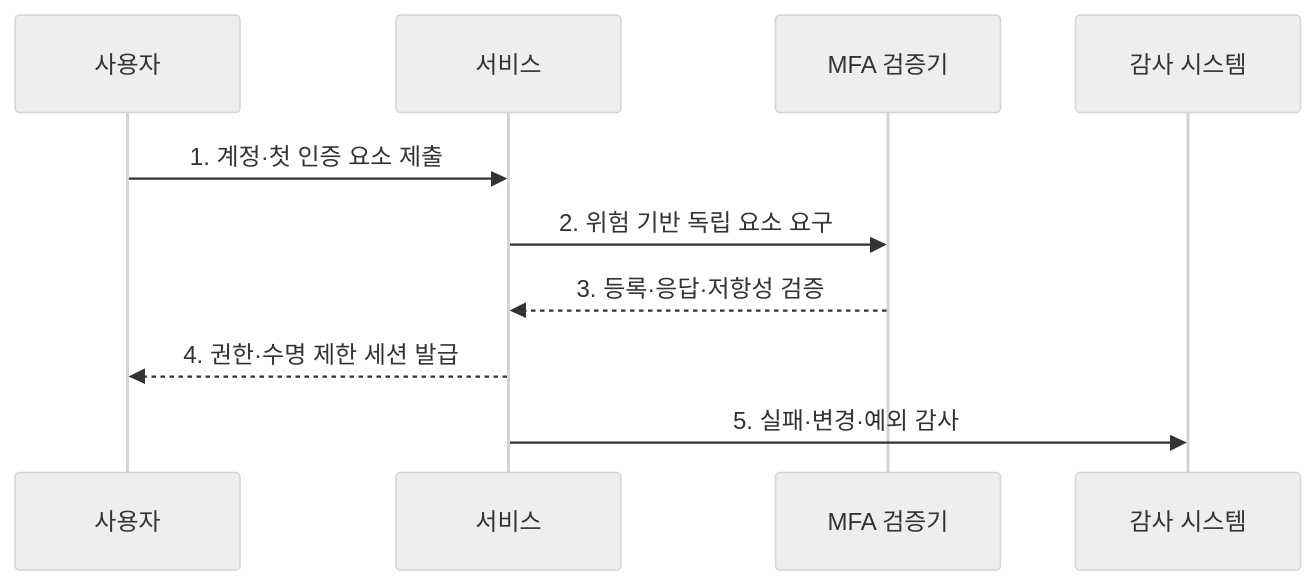
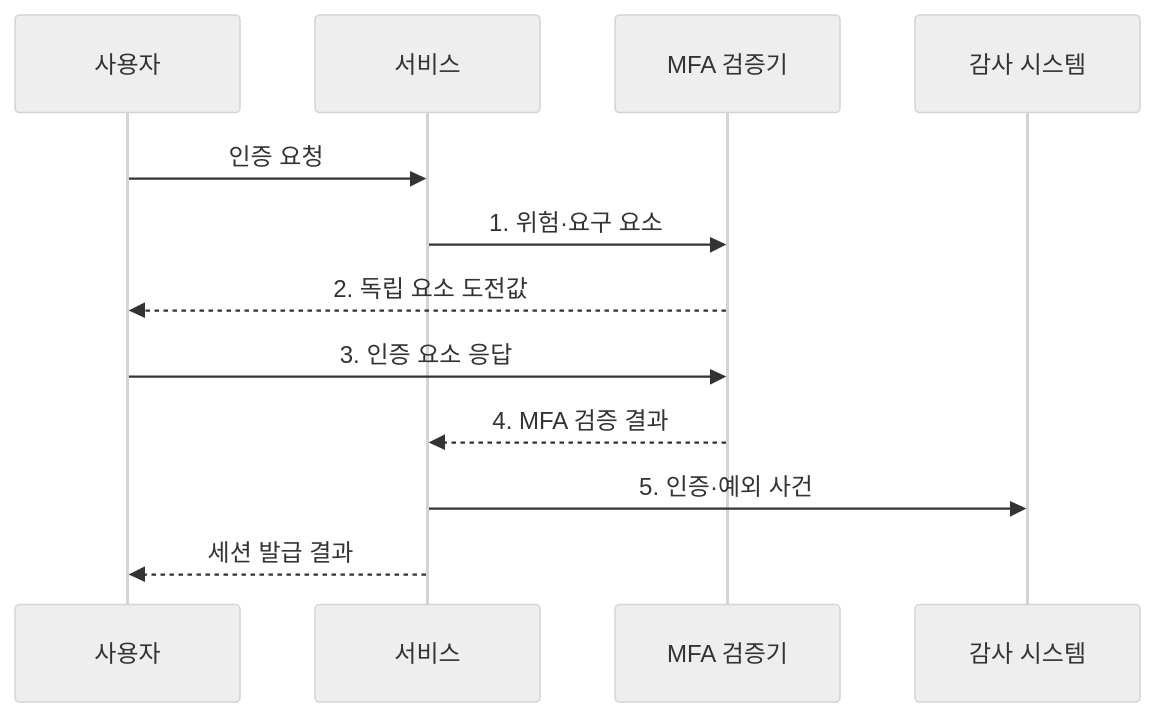
The second of 2 diagrams in src/content/docs/notes/05-security/054_mfa.md (agnusdei1207/knowledge-base), drawn with Mermaid (neutral theme) before and after one commit. The commit also changed other lines of this file and 20 other files, not shown here.

````diff
--- a/src/content/docs/notes/05-security/054_mfa.md
+++ b/src/content/docs/notes/05-security/054_mfa.md
@@ -87,12 +88,14 @@
 ```mermaid
 sequenceDiagram
     participant U as 사용자
     participant S as 서비스
     participant V as MFA 검증기
     participant A as 감사 시스템
-    U->>S: 1. 계정·첫 인증 요소 제출
-    S->>V: 2. 위험 기반 독립 요소 요구
-    V-->>S: 3. 등록·응답·저항성 검증
-    S-->>U: 4. 권한·수명 제한 세션 발급
-    S->>A: 5. 실패·변경·예외 감사
+    U->>S: 인증 요청
+    S->>V: 1. 위험·요구 요소
+    V-->>U: 2. 독립 요소 도전값
+    U->>V: 3. 인증 요소 응답
+    V-->>S: 4. MFA 검증 결과
+    S->>A: 5. 인증·예외 사건
+    S-->>U: 세션 발급 결과
 ```
````
